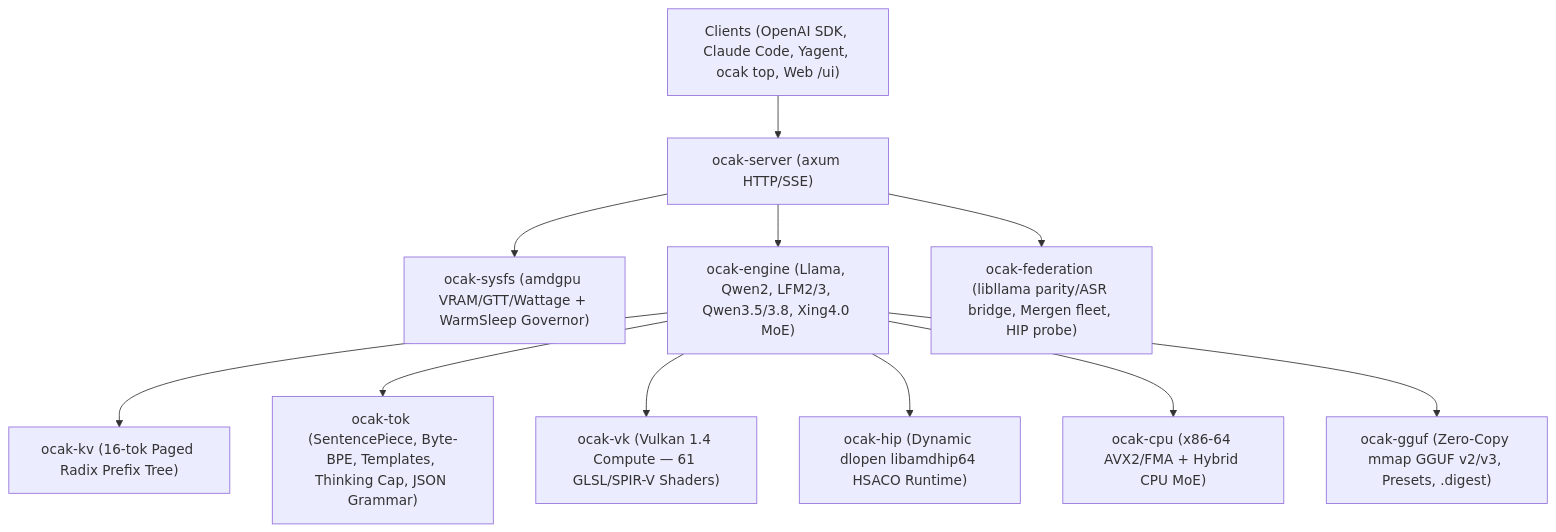
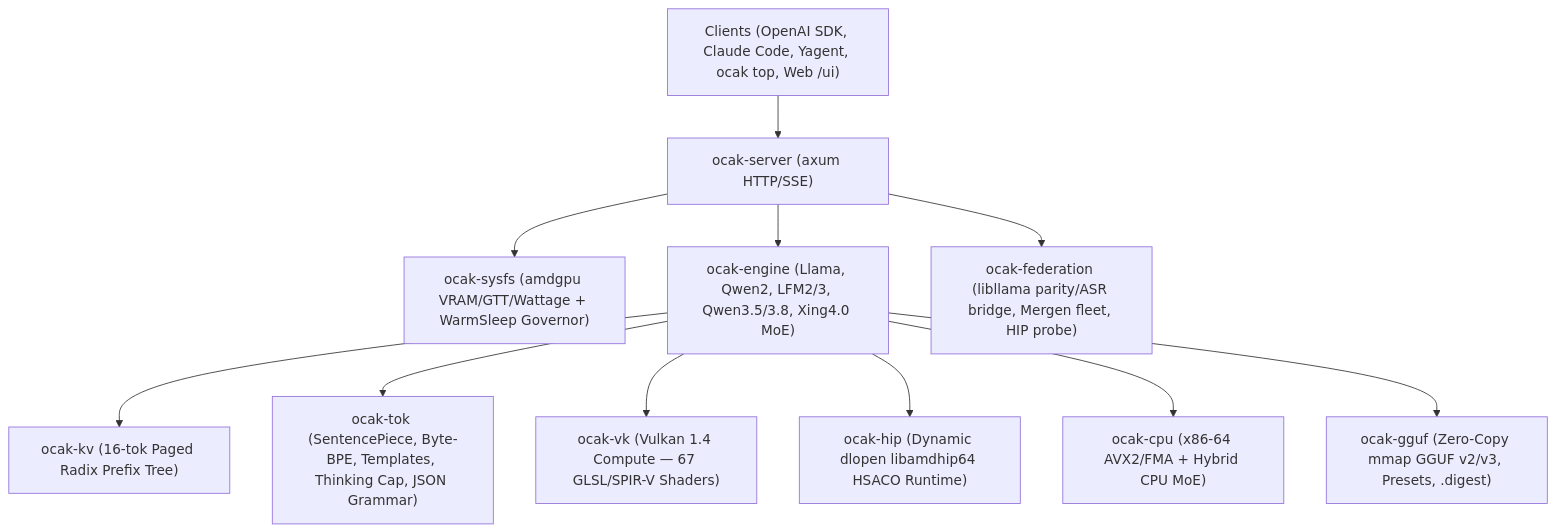
The diagram in README.md (Mechres/ocak), drawn with Mermaid before and after one commit. The commit also changed other lines of this file and 12 other files, not shown here.

````diff
--- a/README.md
+++ b/README.md
@@ -34,13 +34,13 @@
 ```mermaid
 flowchart TD
     Clients["Clients (OpenAI SDK, Claude Code, Yagent, ocak top, Web /ui)"] --> Server["ocak-server (axum HTTP/SSE)"]
     Server --> Gov["ocak-sysfs (amdgpu VRAM/GTT/Wattage + WarmSleep Governor)"]
     Server --> Engine["ocak-engine (Llama, Qwen2, LFM2/3, Qwen3.5/3.8, Xing4.0 MoE)"]
     Server --> Fed["ocak-federation (libllama parity/ASR bridge, Mergen fleet, HIP probe)"]
     Engine --> KV["ocak-kv (16-tok Paged Radix Prefix Tree)"]
     Engine --> Tok["ocak-tok (SentencePiece, Byte-BPE, Templates, Thinking Cap, JSON Grammar)"]
-    Engine --> VK["ocak-vk (Vulkan 1.4 Compute — 61 GLSL/SPIR-V Shaders)"]
+    Engine --> VK["ocak-vk (Vulkan 1.4 Compute — 67 GLSL/SPIR-V Shaders)"]
     Engine --> HIP["ocak-hip (Dynamic dlopen libamdhip64 HSACO Runtime)"]
     Engine --> CPU["ocak-cpu (x86-64 AVX2/FMA + Hybrid CPU MoE)"]
     Engine --> GGUF["ocak-gguf (Zero-Copy mmap GGUF v2/v3, Presets, .digest)"]
 ```
````
